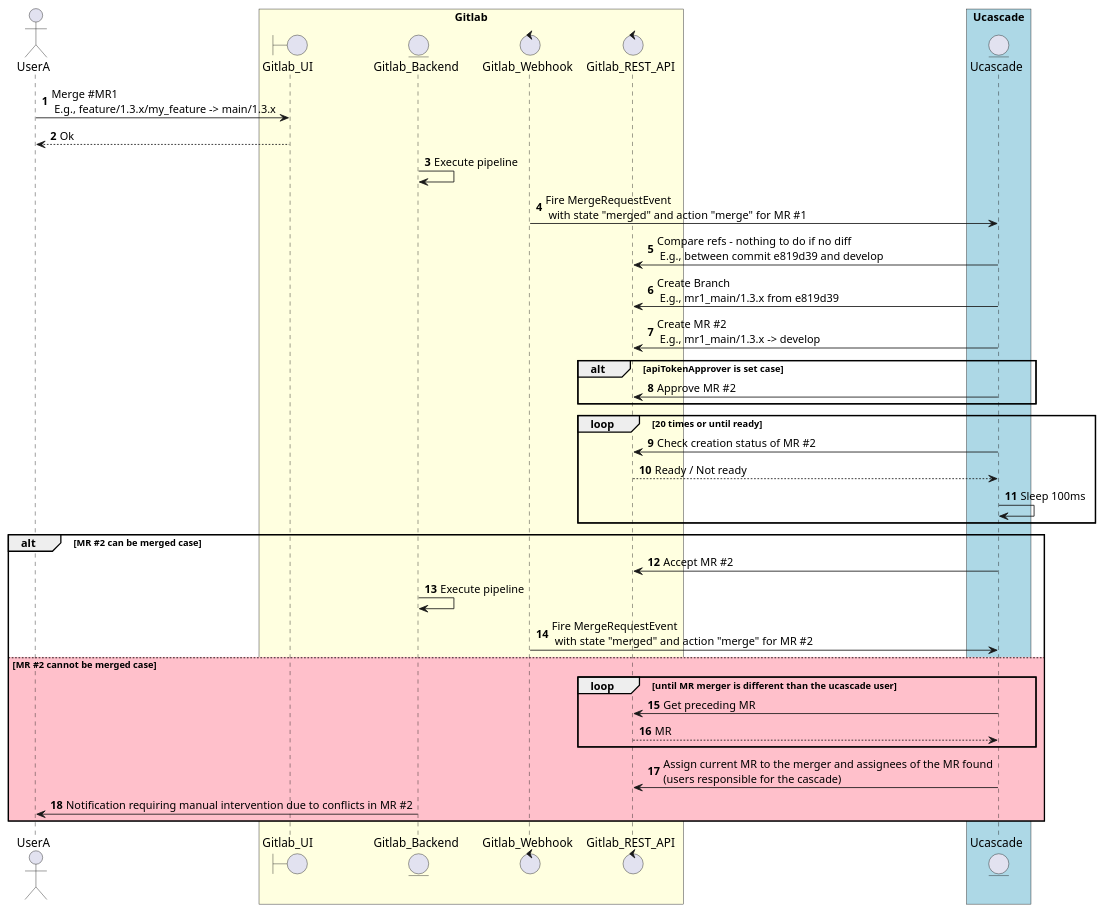
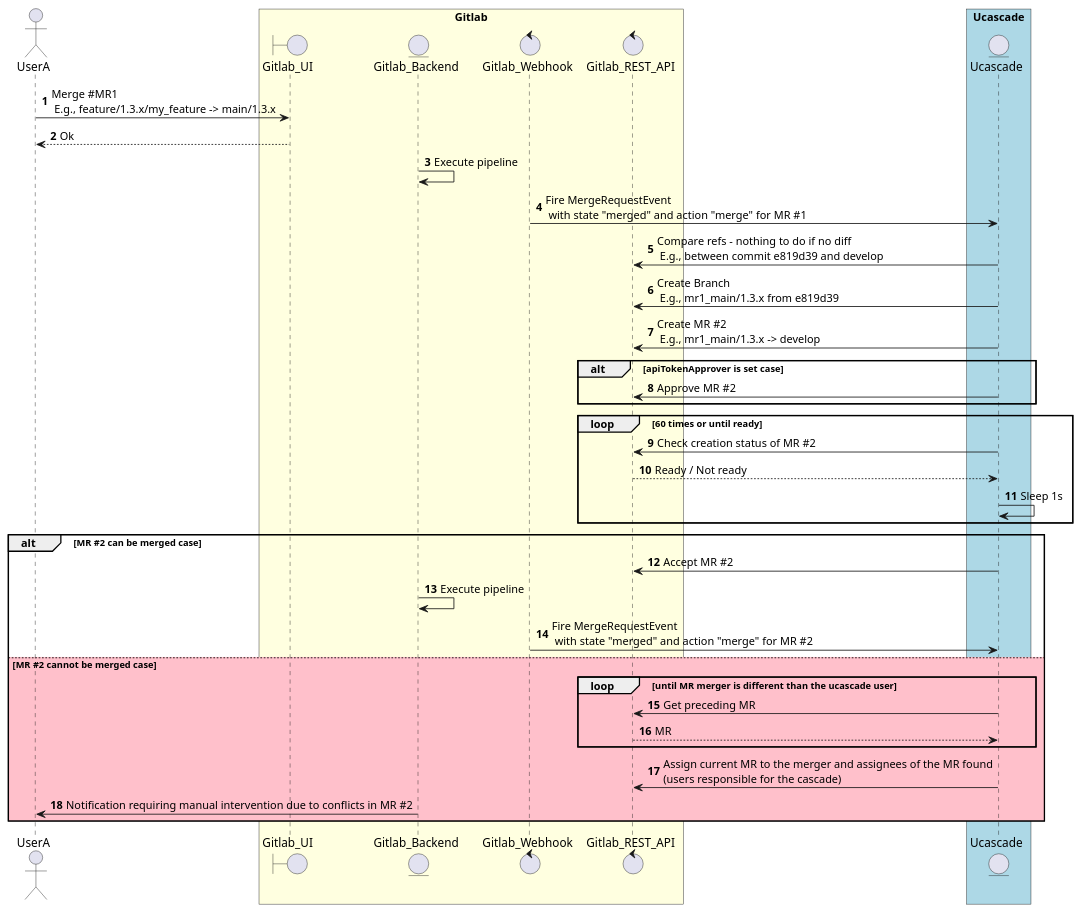
Before and after one commit to unblu/ucascade: the diagram in _documentation/src/docs/diagrams/high-level-workflow.puml, drawn with PlantUML. The commit also changed 2 other files, not shown here.

```diff
--- a/_documentation/src/docs/diagrams/high-level-workflow.puml
+++ b/_documentation/src/docs/diagrams/high-level-workflow.puml
@@ -1,43 +1,43 @@
 @startuml high-level-workflow
 'normal case'
 autonumber
 
 actor       UserA          as user
 box "Gitlab" #LightYellow
 boundary    Gitlab_UI       as ui
 entity      Gitlab_Backend  as gitlab
 control     Gitlab_Webhook  as webhook
 control     Gitlab_REST_API as restAPI
 end box
 box "Ucascade" #LightBlue
 entity      Ucascade        as ucascade
 end box
 
 user->ui: Merge #MR1 \n E.g., feature/1.3.x/my_feature -> main/1.3.x
 user<--ui: Ok
 gitlab->gitlab: Execute pipeline
 webhook->ucascade: Fire MergeRequestEvent\n with state "merged" and action "merge" for MR #1
 ucascade->restAPI: Compare refs - nothing to do if no diff\n E.g., between commit e819d39 and develop
 ucascade->restAPI: Create Branch\n E.g., mr1_main/1.3.x from e819d39
 ucascade->restAPI: Create MR #2\n E.g., mr1_main/1.3.x -> develop
 alt apiTokenApprover is set case
     ucascade->restAPI: Approve MR #2
 end
-loop 20 times or until ready
+loop 60 times or until ready
     ucascade->restAPI: Check creation status of MR #2
     ucascade<--restAPI: Ready / Not ready
-    ucascade->ucascade: Sleep 100ms
+    ucascade->ucascade: Sleep 1s
 end
 alt MR #2 can be merged case
     ucascade->restAPI: Accept MR #2
     gitlab->gitlab: Execute pipeline
     webhook->ucascade: Fire MergeRequestEvent\n with state "merged" and action "merge" for MR #2
 else #Pink MR #2 cannot be merged case
     loop until MR merger is different than the ucascade user
         ucascade->restAPI: Get preceding MR
         restAPI-->ucascade: MR
     end
     ucascade->restAPI: Assign current MR to the merger and assignees of the MR found\n(users responsible for the cascade)
     user<-gitlab: Notification requiring manual intervention due to conflicts in MR #2
 end
 @enduml
```
